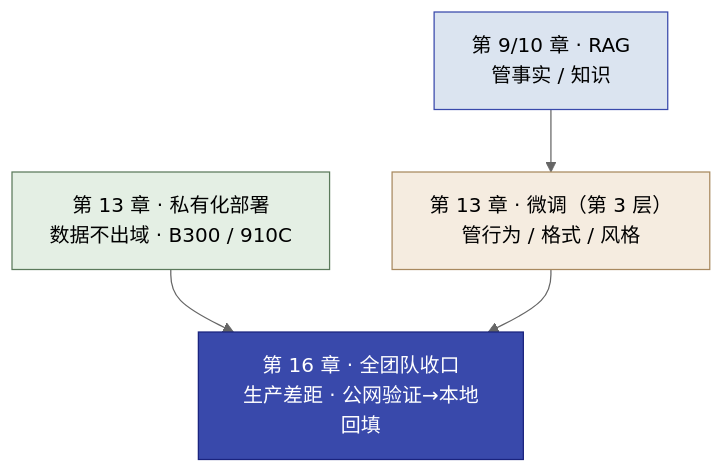
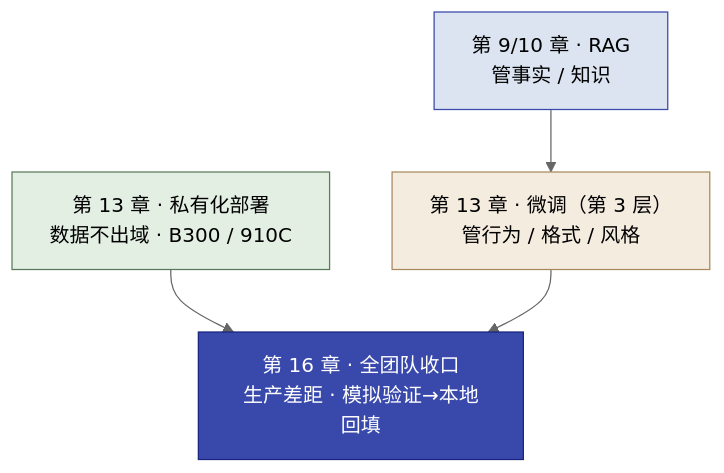
The first of 4 diagrams in textbook/第13章_企业私有化部署与模型微调.md (cloudzun/fde-102), drawn with Mermaid (neutral theme) before and after one commit. The commit also changed other lines of this file and 8 other files, not shown here.

````diff
--- a/textbook/第13章_企业私有化部署与模型微调.md
+++ b/textbook/第13章_企业私有化部署与模型微调.md
@@ -24,14 +24,14 @@
 ```mermaid
 flowchart TB
     rag["第 9/10 章 · RAG<br/>管事实 / 知识"]
     fin["第 13 章 · 微调（第 3 层）<br/>管行为 / 格式 / 风格"]
     deploy["第 13 章 · 私有化部署<br/>数据不出域 · B300 / 910C"]
-    gate["第 16 章 · 全团队收口<br/>生产差距 · 公网验证→本地回填"]
+    gate["第 16 章 · 全团队收口<br/>生产差距 · 模拟验证→本地回填"]
     rag --> fin
     deploy --> gate
     fin --> gate
     style rag fill:#dbe4f0,stroke:#3949ab
     style fin fill:#f5ece0,stroke:#a8895f
     style deploy fill:#e4efe4,stroke:#5b7a5b
     style gate fill:#3949ab,color:#fff,stroke:#1a237e
 ```
````
